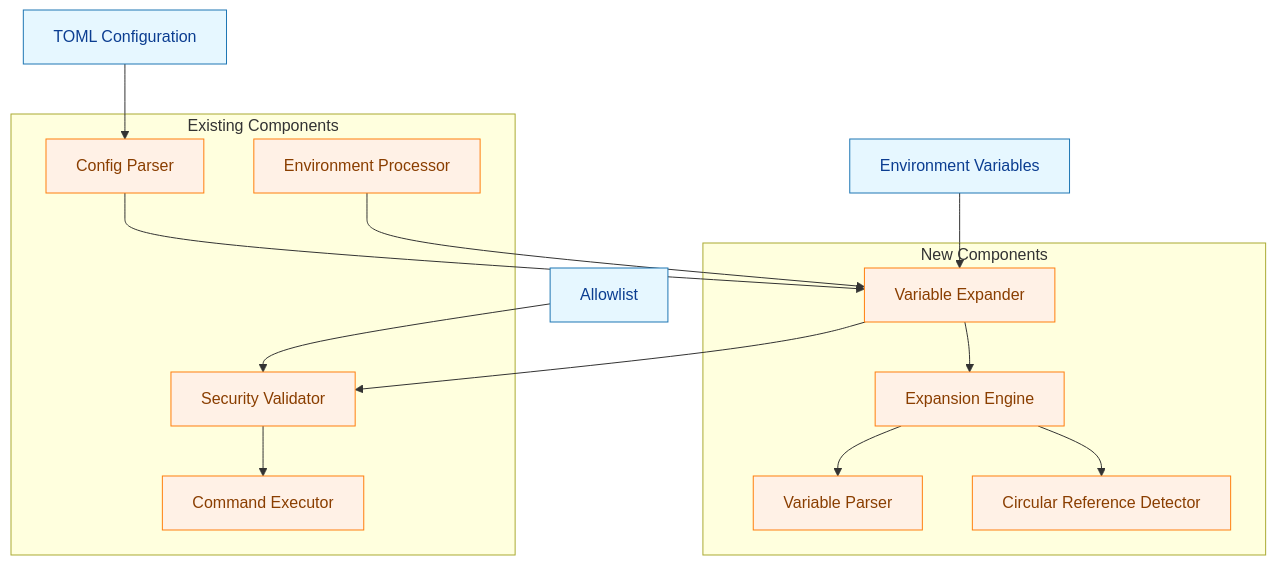
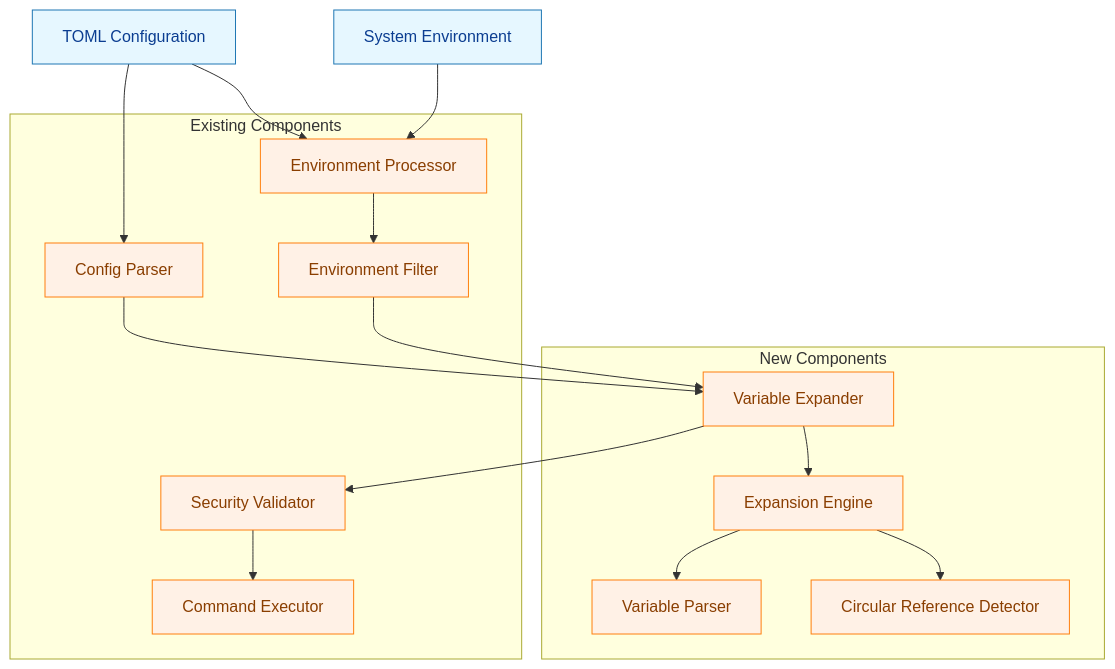
One commit to isseis/go-safe-cmd-runner changed the first of 7 diagrams in docs/tasks/0026_variable_expansion/02_architecture.md. Above: the diagram before and after it, drawn with Mermaid. The commit also changed other lines of this file, not shown here.

First line of the commit message:
Improve environment variable processing architecture and diagrams

````diff
--- a/docs/tasks/0026_variable_expansion/02_architecture.md
+++ b/docs/tasks/0026_variable_expansion/02_architecture.md
@@ -21,38 +21,40 @@
 ```mermaid
 %% Color nodes: data vs process
 flowchart TD
     classDef data fill:#e6f7ff,stroke:#1f77b4,stroke-width:1px,color:#0b3d91;
     classDef process fill:#fff1e6,stroke:#ff7f0e,stroke-width:1px,color:#8a3e00;
 
     A[TOML Configuration] --> B[Config Parser]
     B --> C[Variable Expander]
     C --> D[Security Validator]
     D --> E[Command Executor]
 
-    F[Environment Variables] --> C
-    G[Allowlist] --> D
+    F[System Environment] --> K[Environment Processor]
+    A --> K
+    K --> L[Environment Filter]
+    L --> C
 
     subgraph "New Components"
         C
         H[Expansion Engine]
         I[Variable Parser]
         J[Circular Reference Detector]
     end
 
     subgraph "Existing Components"
         B
         D
         E
         K[Environment Processor]
+        L[Environment Filter]
     end
 
     C --> H
     H --> I
     H --> J
-    K --> C
 
     %% Assign classes: data nodes vs process nodes
-    class A,F,G data;
-    class B,C,H,I,J,D,E,K process;
+    class A,F data;
+    class B,C,H,I,J,D,E,K,L process;
 
 ```
````
